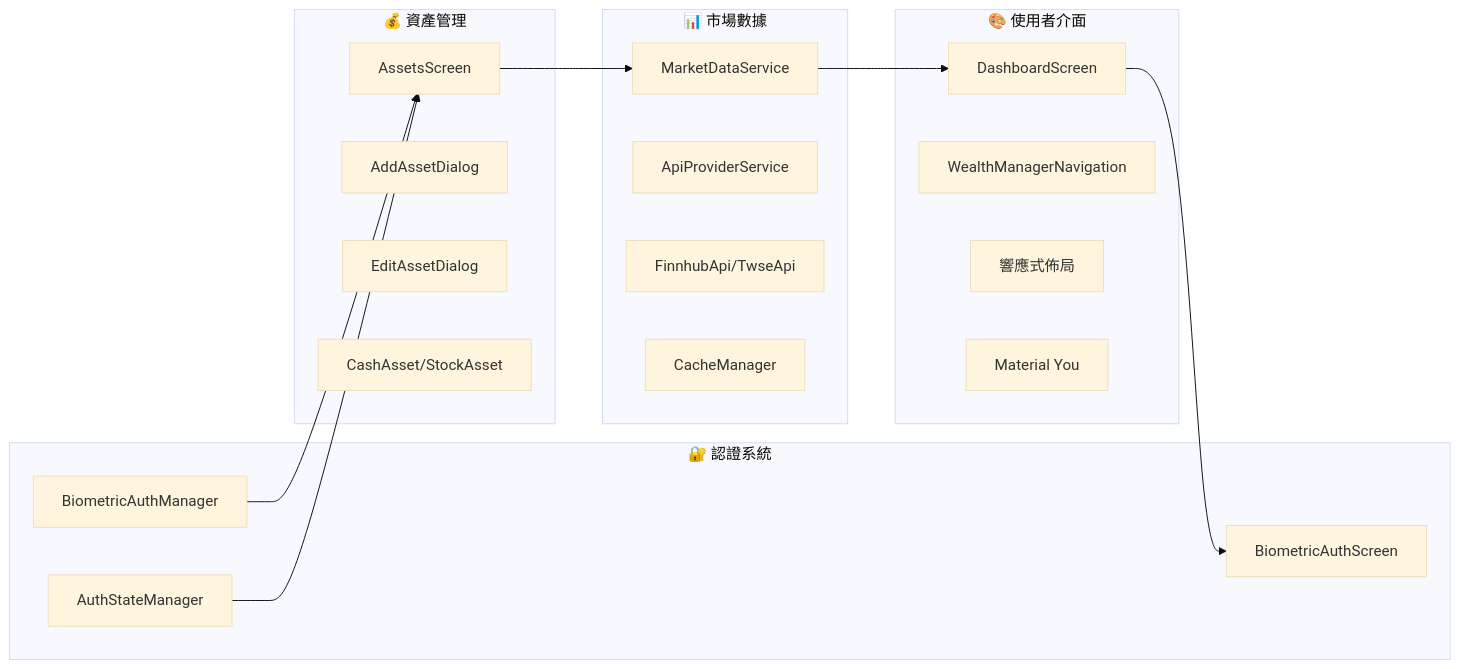
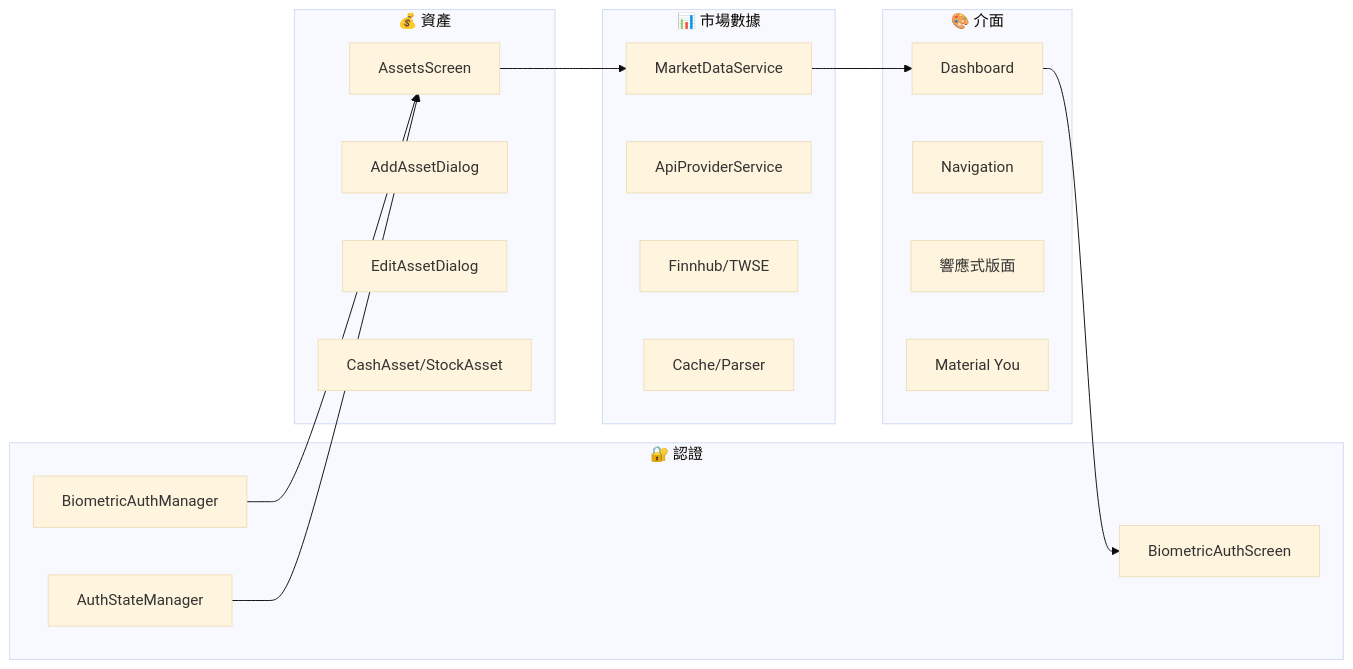
One commit to kuoyaoming/Wealth-Manager changed the second of 3 diagrams in README_zh.md. Above: the diagram before and after it, drawn with Mermaid (base theme). The commit also changed other lines of this file and 1 other file, not shown here.

````diff
--- a/README_zh.md
+++ b/README_zh.md
@@ -196,35 +146,35 @@
 ```mermaid
 graph LR
-    subgraph "🔐 認證系統"
+    subgraph "🔐 認證"
         A1[BiometricAuthManager]
         A2[AuthStateManager]
         A3[BiometricAuthScreen]
     end
-    
-    subgraph "💰 資產管理"
+
+    subgraph "💰 資產"
         B1[AssetsScreen]
         B2[AddAssetDialog]
         B3[EditAssetDialog]
         B4[CashAsset/StockAsset]
     end
-    
+
     subgraph "📊 市場數據"
         C1[MarketDataService]
         C2[ApiProviderService]
-        C3[FinnhubApi/TwseApi]
-        C4[CacheManager]
+        C3[Finnhub/TWSE]
+        C4[Cache/Parser]
     end
-    
-    subgraph "🎨 使用者介面"
-        D1[DashboardScreen]
-        D2[WealthManagerNavigation]
-        D3[響應式佈局]
+
+    subgraph "🎨 介面"
+        D1[Dashboard]
+        D2[Navigation]
+        D3[響應式版面]
         D4[Material You]
     end
-    
+
     A1 --> B1
     A2 --> B1
     B1 --> C1
     C1 --> D1
     D1 --> A3
 ```
````
